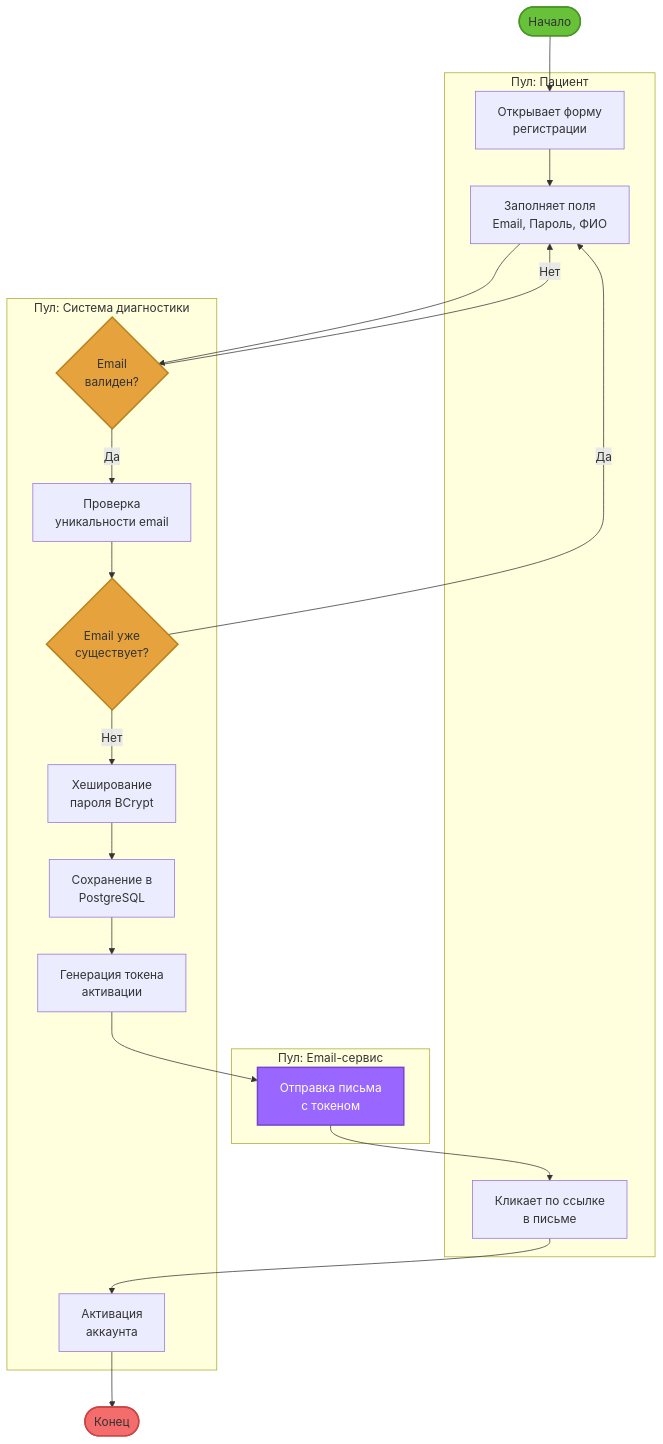
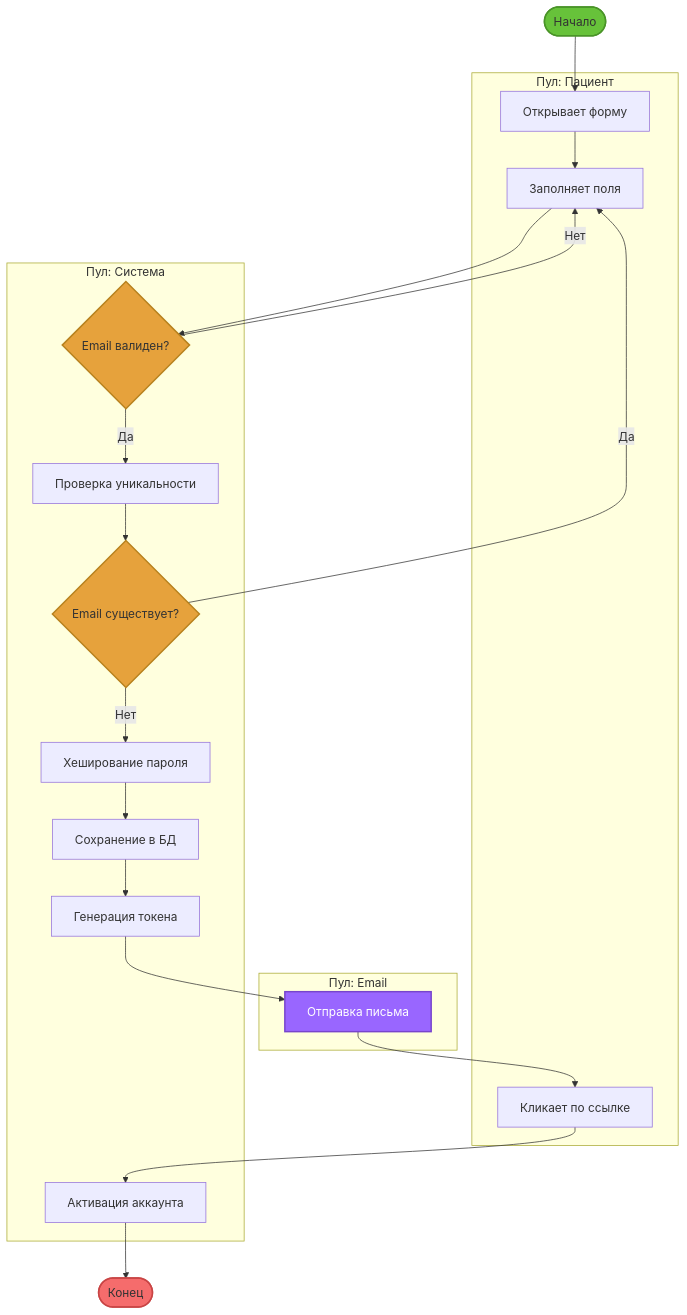
Before and after one commit to Edisheri/system-engineering-playbook: the diagram in src/architecture/bpmn-scenario1.md, drawn with Mermaid. The commit also changed 3 other files, not shown here.

Commit message:
Optimize BPMN scenario diagrams: reduce text length and make more compact for screenshots

````diff
--- a/src/architecture/bpmn-scenario1.md
+++ b/src/architecture/bpmn-scenario1.md
@@ -10,45 +10,45 @@
 ```mermaid
 graph TB
     Start([Начало])
     
     subgraph "Пул: Пациент"
-        P1[Открывает форму<br/>регистрации]
-        P2[Заполняет поля<br/>Email, Пароль, ФИО]
-        P3[Кликает по ссылке<br/>в письме]
+        P1[Открывает форму]
+        P2[Заполняет поля]
+        P3[Кликает по ссылке]
     end
     
-    subgraph "Пул: Система диагностики"
-        S1{Email<br/>валиден?}
-        S2[Проверка<br/>уникальности email]
-        S3{Email уже<br/>существует?}
-        S4[Хеширование<br/>пароля BCrypt]
-        S5[Сохранение в<br/>PostgreSQL]
-        S6[Генерация токена<br/>активации]
-        S7[Активация<br/>аккаунта]
+    subgraph "Пул: Система"
+        S1{Email валиден?}
+        S2[Проверка уникальности]
+        S3{Email существует?}
+        S4[Хеширование пароля]
+        S5[Сохранение в БД]
+        S6[Генерация токена]
+        S7[Активация аккаунта]
     end
     
-    subgraph "Пул: Email-сервис"
-        E1[Отправка письма<br/>с токеном]
+    subgraph "Пул: Email"
+        E1[Отправка письма]
     end
     
     Start --> P1
     P1 --> P2
     P2 --> S1
     S1 -->|Нет| P2
     S1 -->|Да| S2
     S2 --> S3
     S3 -->|Да| P2
     S3 -->|Нет| S4
     S4 --> S5
     S5 --> S6
     S6 --> E1
     E1 --> P3
     P3 --> S7
     S7 --> End([Конец])
     
     style Start fill:#67c23a,stroke:#4a9428,stroke-width:2px
     style End fill:#f56c6c,stroke:#c94545,stroke-width:2px
     style S1 fill:#e6a23c,stroke:#b8821e,stroke-width:2px
     style S3 fill:#e6a23c,stroke:#b8821e,stroke-width:2px
     style E1 fill:#9966ff,stroke:#7744cc,stroke-width:2px,color:#fff
 ```
````
